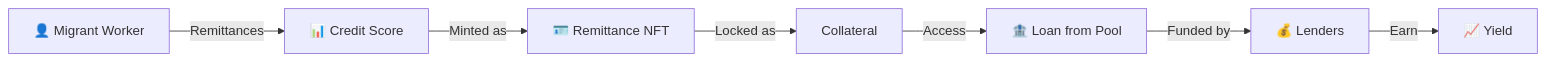
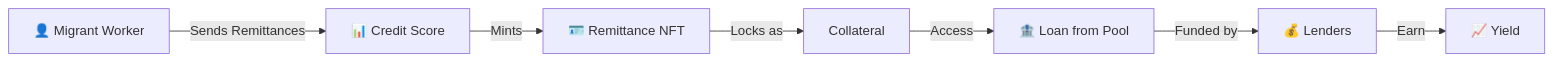
The first of 2 diagrams in README.md (Ziza-Lend/ZizaLend), drawn with Mermaid before and after one commit. The commit also changed other lines of this file, not shown here.

````diff
--- a/README.md
+++ b/README.md
@@ -45,9 +54,9 @@
 ```mermaid
 flowchart LR
-    B["👤 Migrant Worker"] -->|Remittances| R["📊 Credit Score"]
-    R -->|Minted as| N["🪪 Remittance NFT"]
-    N -->|Locked as| C["Collateral"]
-    C -->|Access| L["🏦 Loan from Pool"]
-    L -->|Funded by| P["💰 Lenders"]
-    P -->|Earn| Y["📈 Yield"]
+    B["👤 Migrant Worker"] -->|"Sends Remittances"| R["📊 Credit Score"]
+    R -->|"Mints"| N["🪪 Remittance NFT"]
+    N -->|"Locks as"| C["Collateral"]
+    C -->|"Access"| L["🏦 Loan from Pool"]
+    L -->|"Funded by"| P["💰 Lenders"]
+    P -->|"Earn"| Y["📈 Yield"]
 ```
````
